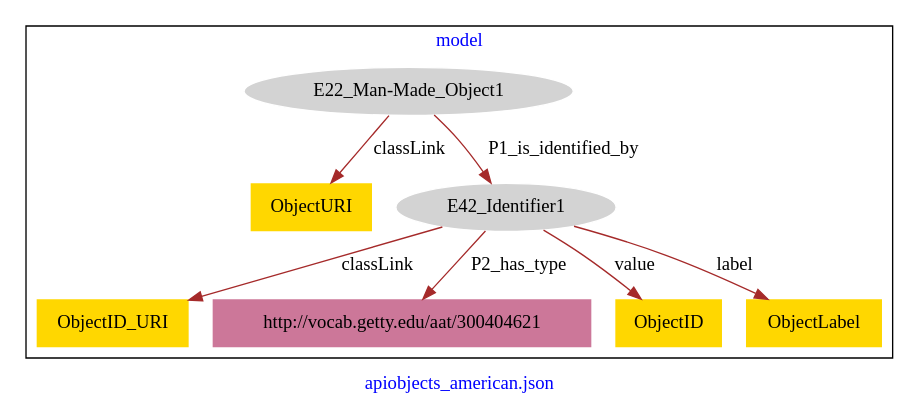
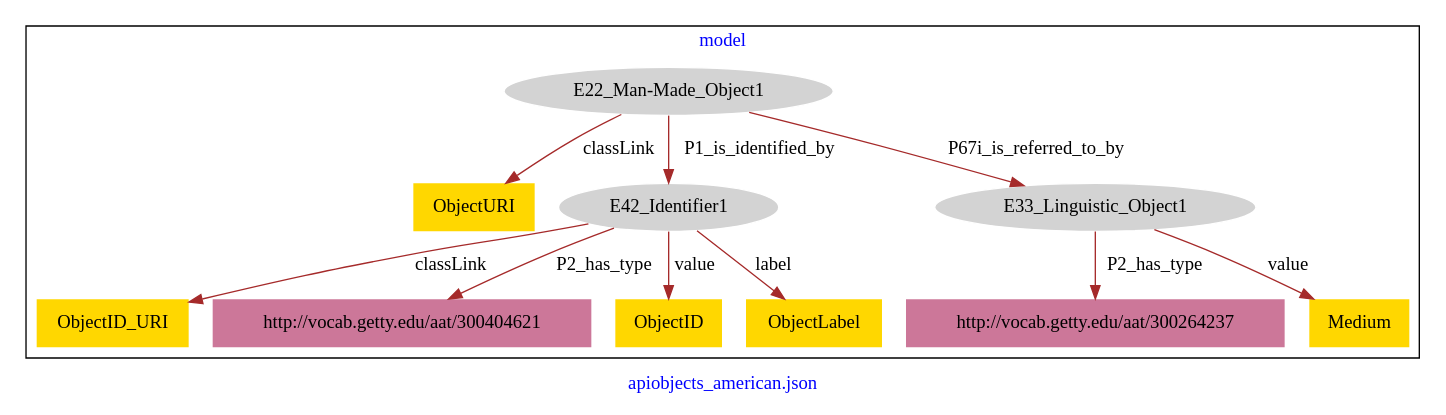
One commit to american-art/PUAM changed the diagram in apiobjects_american/apiobjects_american-model.dot. Above: the diagram before and after it, drawn with Graphviz.

Commit message:
Update file apiobjects_american-model.dot

```diff
--- a/apiobjects_american/apiobjects_american-model.dot
+++ b/apiobjects_american/apiobjects_american-model.dot
@@ -1,21 +1,27 @@
 digraph n0 {
 fontcolor="blue"
 remincross="true"
 label="apiobjects_american.json"
 subgraph cluster {
 label="model"
 n2[style="filled",color="white",fillcolor="lightgray",label="E22_Man-Made_Object1"];
 n3[shape="plaintext",style="filled",fillcolor="gold",label="ObjectURI"];
 n4[style="filled",color="white",fillcolor="lightgray",label="E42_Identifier1"];
-n5[shape="plaintext",style="filled",fillcolor="gold",label="ObjectID_URI"];
-n6[shape="plaintext",style="filled",fillcolor="#CC7799",label="http://vocab.getty.edu/aat/300404621"];
-n7[shape="plaintext",style="filled",fillcolor="gold",label="ObjectID"];
-n8[shape="plaintext",style="filled",fillcolor="gold",label="ObjectLabel"];
+n5[style="filled",color="white",fillcolor="lightgray",label="E33_Linguistic_Object1"];
+n6[shape="plaintext",style="filled",fillcolor="#CC7799",label="http://vocab.getty.edu/aat/300264237"];
+n7[shape="plaintext",style="filled",fillcolor="gold",label="Medium"];
+n8[shape="plaintext",style="filled",fillcolor="gold",label="ObjectID_URI"];
+n9[shape="plaintext",style="filled",fillcolor="#CC7799",label="http://vocab.getty.edu/aat/300404621"];
+n10[shape="plaintext",style="filled",fillcolor="gold",label="ObjectID"];
+n11[shape="plaintext",style="filled",fillcolor="gold",label="ObjectLabel"];
 }
 n2 -> n3[color="brown",fontcolor="black",label="classLink"]
 n2 -> n4[color="brown",fontcolor="black",label="P1_is_identified_by"]
-n4 -> n5[color="brown",fontcolor="black",label="classLink"]
-n4 -> n6[color="brown",fontcolor="black",label="P2_has_type"]
-n4 -> n7[color="brown",fontcolor="black",label="value"]
-n4 -> n8[color="brown",fontcolor="black",label="label"]
+n2 -> n5[color="brown",fontcolor="black",label="P67i_is_referred_to_by"]
+n5 -> n6[color="brown",fontcolor="black",label="P2_has_type"]
+n5 -> n7[color="brown",fontcolor="black",label="value"]
+n4 -> n8[color="brown",fontcolor="black",label="classLink"]
+n4 -> n9[color="brown",fontcolor="black",label="P2_has_type"]
+n4 -> n10[color="brown",fontcolor="black",label="value"]
+n4 -> n11[color="brown",fontcolor="black",label="label"]
 }
```
